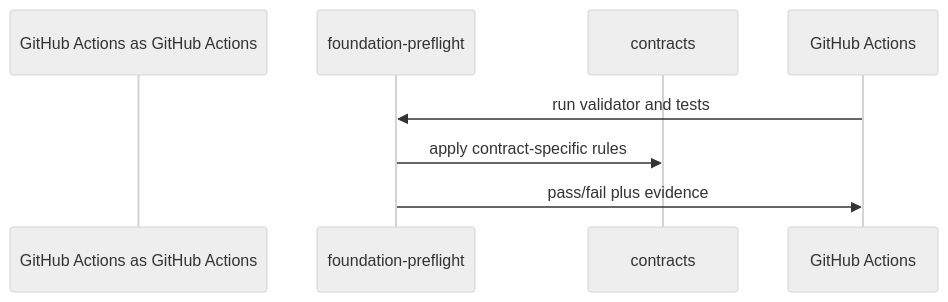
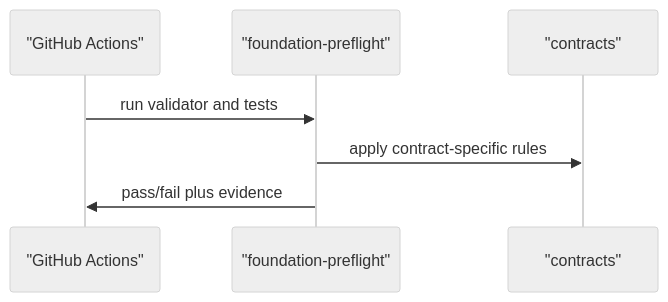
The third of 5 diagrams in docs/anatomy/system-diagram.md (maemreyo/work-frontier), drawn with Mermaid (neutral theme) before and after one commit. The commit also changed other lines of this file and 42 other files, not shown here.

First line of the commit message:
feat(evidence): lifecycle run-scoping, cross-language parity, catalog-derived prerequisites

````diff
--- a/docs/anatomy/system-diagram.md
+++ b/docs/anatomy/system-diagram.md
@@ -37,9 +50,9 @@
 ```mermaid
 sequenceDiagram
-participant GitHub Actions as GitHub Actions
-participant foundation_preflight as foundation-preflight
-participant contracts as contracts
-GitHub Actions->>foundation_preflight: run validator and tests
-foundation_preflight->>contracts: apply contract-specific rules
-foundation_preflight->>GitHub Actions: pass/fail plus evidence
+participant p0 as "GitHub Actions"
+participant p1 as "foundation-preflight"
+participant p2 as "contracts"
+p0->>p1: run validator and tests
+p1->>p2: apply contract-specific rules
+p1->>p0: pass/fail plus evidence
 ```
````
